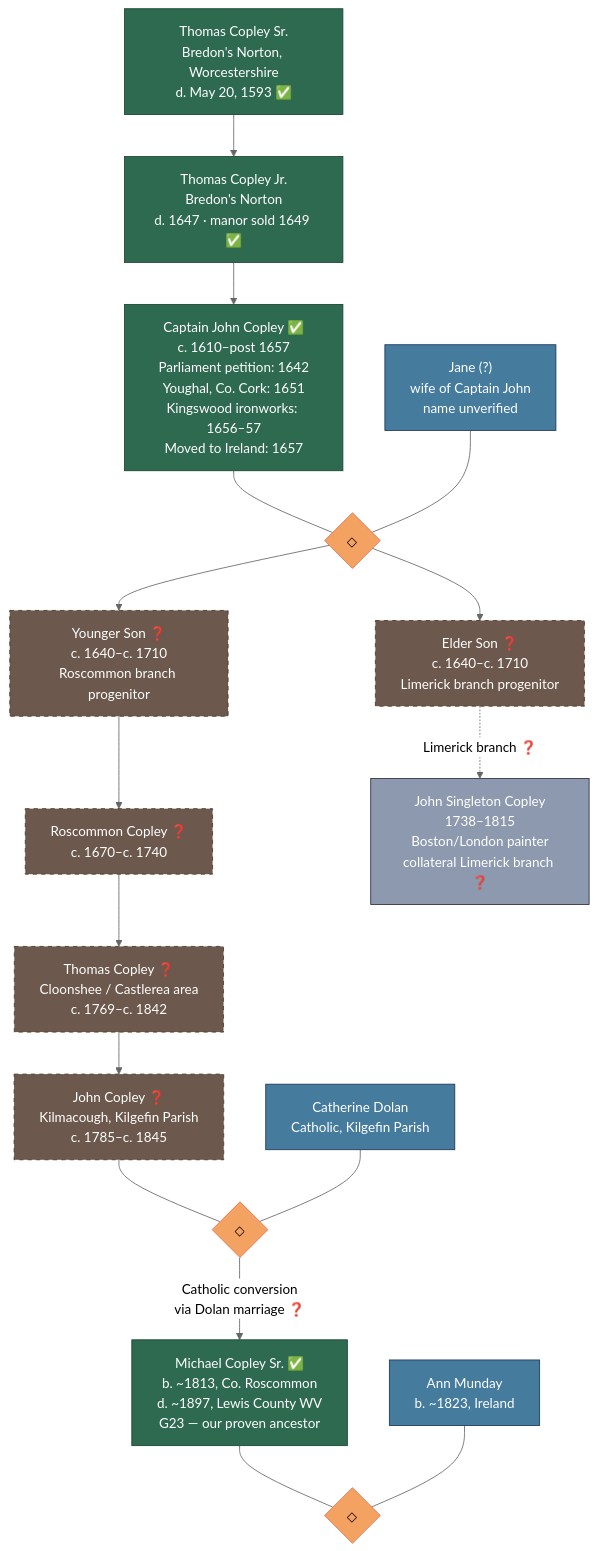
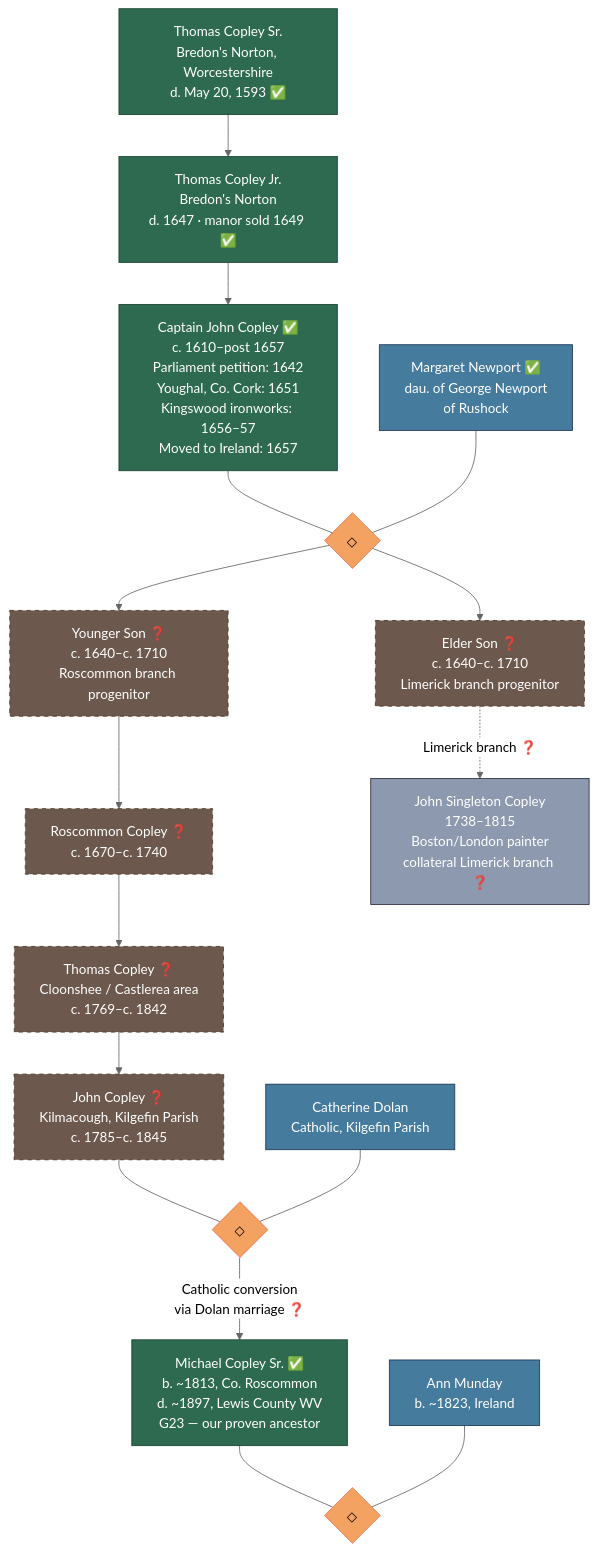
The diagram in Topics/Captain John Copley Research.md (zcopley/copley-family-research), drawn with Mermaid (neutral theme) before and after one commit. The commit also changed other lines of this file and 4 other files, not shown here.

````diff
--- a/Topics/Captain John Copley Research.md
+++ b/Topics/Captain John Copley Research.md
@@ -647,41 +653,41 @@
 ```mermaid
 graph TD
     T1["Thomas Copley Sr.<br/>Bredon's Norton, Worcestershire<br/>d. May 20, 1593 ✅"]:::verified
     T2["Thomas Copley Jr.<br/>Bredon's Norton<br/>d. 1647 · manor sold 1649 ✅"]:::verified
     CJ["Captain John Copley ✅<br/>c. 1610–post 1657<br/>Parliament petition: 1642<br/>Youghal, Co. Cork: 1651<br/>Kingswood ironworks: 1656–57<br/>Moved to Ireland: 1657"]:::verified
-    JANE["Jane (?)<br/>wife of Captain John<br/>name unverified"]:::spouse
+    MARGARET_N["Margaret Newport ✅<br/>dau. of George Newport<br/>of Rushock"]:::spouse
     MCJ{"◇"}:::marriage
     ELDER["Elder Son ❓<br/>c. 1640–c. 1710<br/>Limerick branch progenitor"]:::speculative
     YOUNGER["Younger Son ❓<br/>c. 1640–c. 1710<br/>Roscommon branch progenitor"]:::speculative
     G5["Roscommon Copley ❓<br/>c. 1670–c. 1740"]:::speculative
     G6["Thomas Copley ❓<br/>Cloonshee / Castlerea area<br/>c. 1769–c. 1842"]:::speculative
     JOHNK["John Copley ❓<br/>Kilmacough, Kilgefin Parish<br/>c. 1785–c. 1845"]:::speculative
     CATH["Catherine Dolan<br/>Catholic, Kilgefin Parish"]:::spouse
     MJOHN{"◇"}:::marriage
     MICHAEL["Michael Copley Sr. ✅<br/>b. ~1813, Co. Roscommon<br/>d. ~1897, Lewis County WV<br/>G23 — our proven ancestor"]:::verified
     ANN["Ann Munday<br/>b. ~1823, Ireland"]:::spouse
     MMICHAEL{"◇"}:::marriage
     JSC["John Singleton Copley<br/>1738–1815<br/>Boston/London painter<br/>collateral Limerick branch ❓"]:::collateral
 
     T1 --> T2
     T2 --> CJ
     CJ --- MCJ
-    JANE --- MCJ
+    MARGARET_N --- MCJ
     MCJ --> ELDER
     MCJ --> YOUNGER
     ELDER -.->|"Limerick branch ❓"| JSC
     YOUNGER --> G5
     G5 --> G6
     G6 --> JOHNK
     JOHNK --- MJOHN
     CATH --- MJOHN
     MJOHN -->|"Catholic conversion<br/>via Dolan marriage ❓"| MICHAEL
     MICHAEL --- MMICHAEL
     ANN --- MMICHAEL
 
     classDef verified fill:#2d6a4f,stroke:#1b4332,color:#fff
     classDef speculative fill:#6c584c,stroke:#4a3728,color:#fff,stroke-dasharray:5 5
     classDef spouse fill:#457b9d,stroke:#1d3557,color:#fff
     classDef marriage fill:#f4a261,stroke:#e76f51,color:#000
     classDef collateral fill:#8d99ae,stroke:#2b2d42,color:#fff
 ```
````
